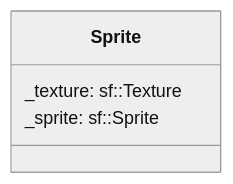
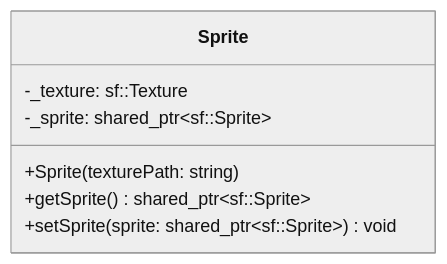
Before and after one commit to MYAMBO/R-Type: the diagram in docs/ECS/component/Sprite.md, drawn with Mermaid (neutral theme). The commit also changed other lines of this file and 17 other files, not shown here.

````diff
--- a/docs/ECS/component/Sprite.md
+++ b/docs/ECS/component/Sprite.md
@@ -11,7 +37,10 @@
 ```mermaid
 classDiagram
   class Sprite {
-    _texture: sf::Texture
-    _sprite: sf::Sprite
+    -_texture: sf::Texture
+    -_sprite: shared_ptr~sf::Sprite~
+    +Sprite(texturePath: string)
+    +getSprite() shared_ptr~sf::Sprite~
+    +setSprite(sprite: shared_ptr~sf::Sprite~) void
   }
 ```
````
